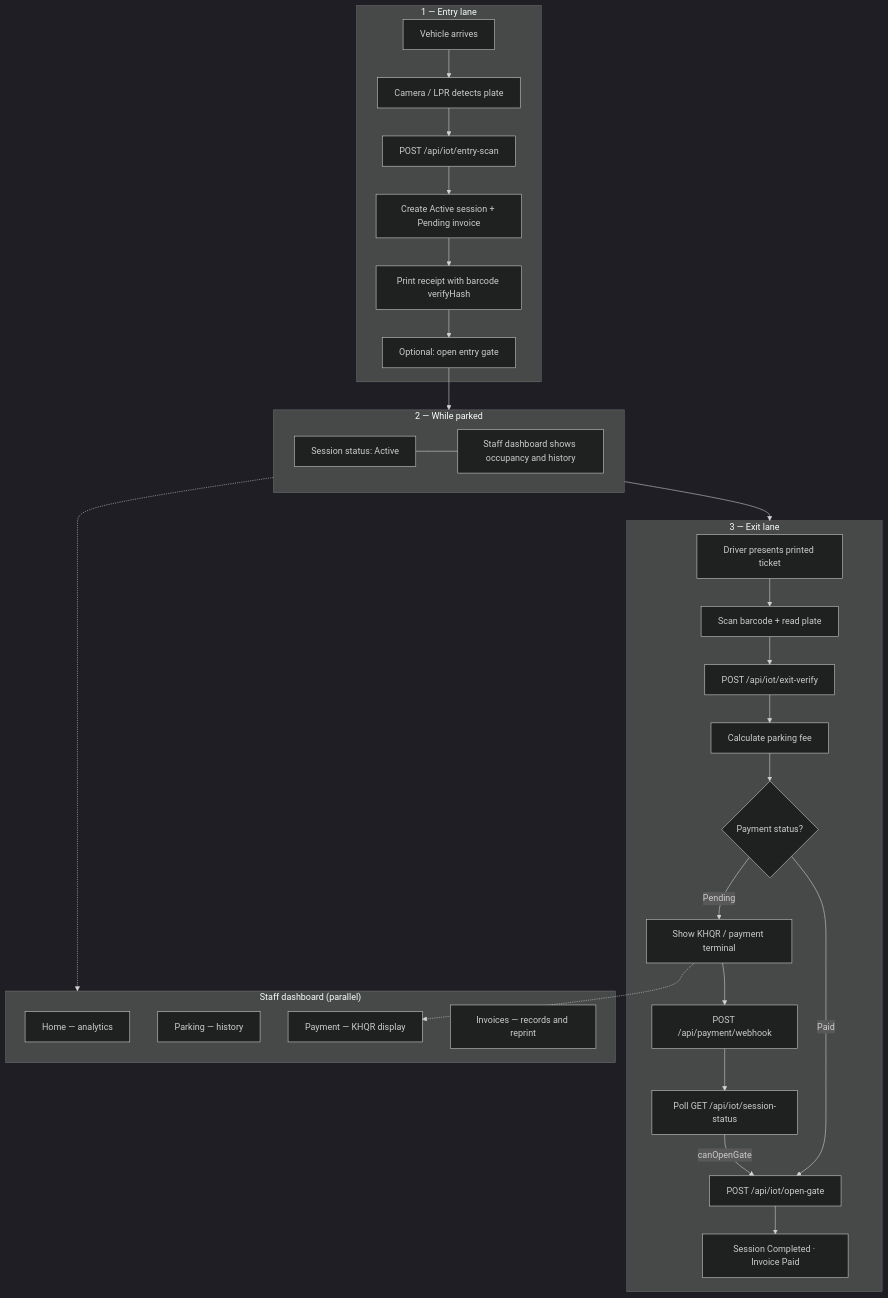
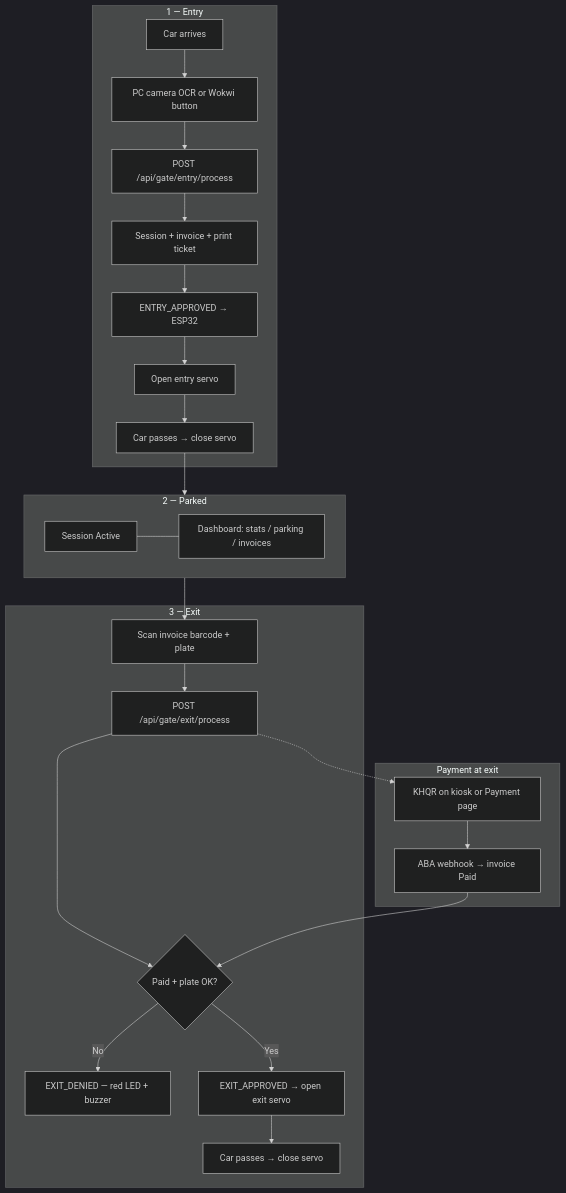
The first of 4 diagrams in README.md (Kimheang-code-IT/IOT-Parking-system), drawn with Mermaid (dark theme) before and after one commit. The commit also changed other lines of this file and 17 other files, not shown here.

````diff
--- a/README.md
+++ b/README.md
@@ -133,41 +141,36 @@
 ```mermaid
 flowchart TB
-    subgraph Entry["1 — Entry lane"]
-        A1[Vehicle arrives] --> A2[Camera / LPR detects plate]
-        A2 --> A3[POST /api/iot/entry-scan]
-        A3 --> A4[Create Active session + Pending invoice]
-        A4 --> A5[Print receipt with barcode verifyHash]
-        A5 --> A6[Optional: open entry gate]
+    subgraph Entry["1 — Entry"]
+        E1[Car arrives] --> E2[PC camera OCR or Wokwi button]
+        E2 --> E3[POST /api/gate/entry/process]
+        E3 --> E4[Session + invoice + print ticket]
+        E4 --> E5[ENTRY_APPROVED → ESP32]
+        E5 --> E6[Open entry servo]
+        E6 --> E7[Car passes → close servo]
     end
 
-    subgraph Parking["2 — While parked"]
-        B1[Session status: Active]
-        B2[Staff dashboard shows occupancy and history]
-        B1 --- B2
+    subgraph Park["2 — Parked"]
+        P1[Session Active]
+        P2[Dashboard: stats / parking / invoices]
+        P1 --- P2
     end
 
-    subgraph Exit["3 — Exit lane"]
-        C1[Driver presents printed ticket] --> C2[Scan barcode + read plate]
-        C2 --> C3[POST /api/iot/exit-verify]
-        C3 --> C4[Calculate parking fee]
-        C4 --> C5{Payment status?}
-        C5 -->|Pending| C6[Show KHQR / payment terminal]
-        C6 --> C7[POST /api/payment/webhook]
-        C7 --> C8[Poll GET /api/iot/session-status]
-        C5 -->|Paid| C9[POST /api/iot/open-gate]
-        C8 -->|canOpenGate| C9
-        C9 --> C10[Session Completed · Invoice Paid]
+    subgraph Exit["3 — Exit"]
+        X1[Scan invoice barcode + plate] --> X2[POST /api/gate/exit/process]
+        X2 --> X3{Paid + plate OK?}
+        X3 -->|No| X4[EXIT_DENIED — red LED + buzzer]
+        X3 -->|Yes| X5[EXIT_APPROVED → open exit servo]
+        X5 --> X6[Car passes → close servo]
     end
 
-    subgraph Web["Staff dashboard (parallel)"]
-        W1[Home — analytics]
-        W2[Parking — history]
-        W3[Payment — KHQR display]
-        W4[Invoices — records and reprint]
+    subgraph Pay["Payment at exit"]
+        Y1[KHQR on kiosk or Payment page]
+        Y2[ABA webhook → invoice Paid]
+        Y1 --> Y2
+        Y2 --> X3
     end
 
-    A6 --> Parking
-    Parking --> Exit
-    Parking -.-> Web
-    C6 -.-> W3
+    E7 --> Park
+    Park --> X1
+    X2 -.-> Y1
 ```
````
